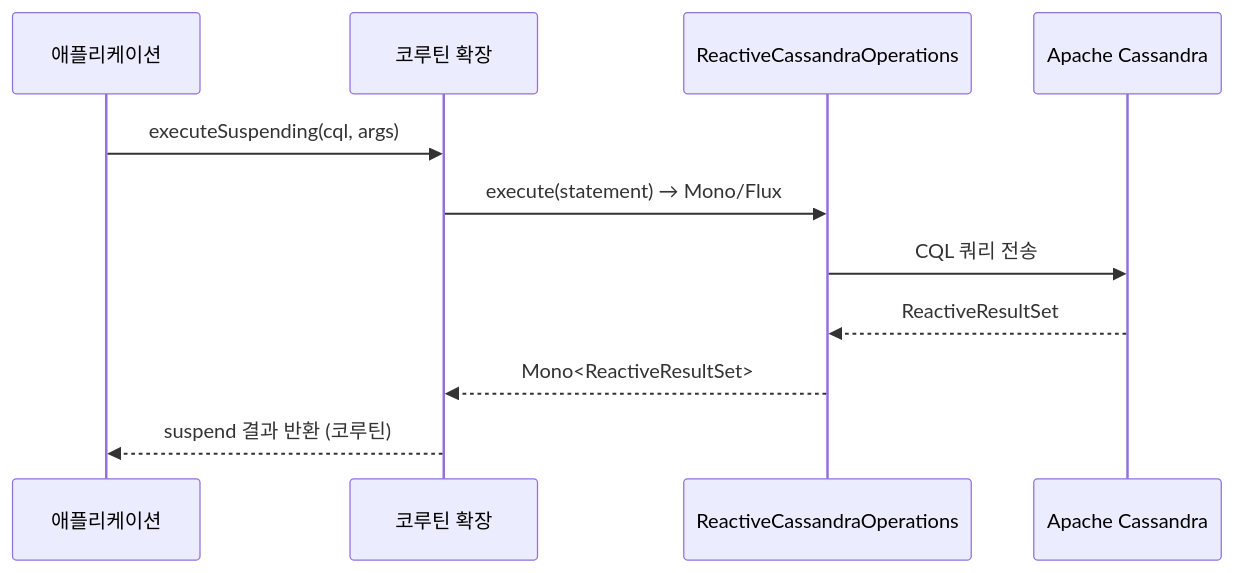
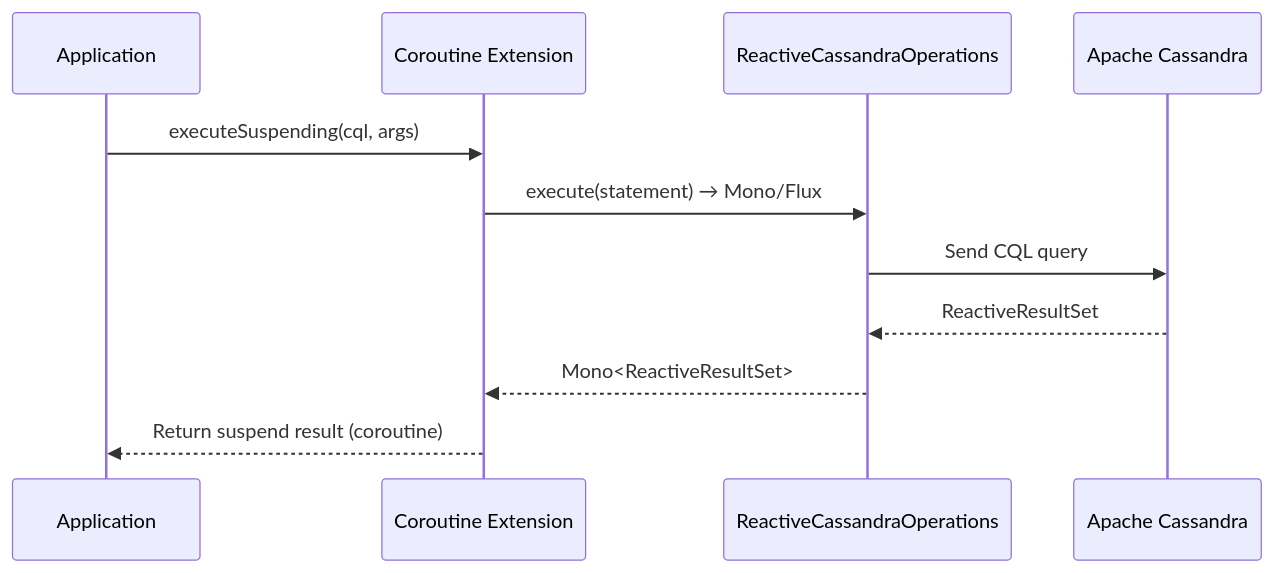
Before and after one commit to bluetape4k/bluetape4k-projects: the third of 3 diagrams in spring-boot3/cassandra/README.md, drawn with Mermaid. The commit also changed other lines of this file and 265 other files, not shown here.

````diff
--- a/spring-boot3/cassandra/README.md
+++ b/spring-boot3/cassandra/README.md
@@ -93,14 +95,14 @@
 ```mermaid
 sequenceDiagram
-    participant App as 애플리케이션
-    participant Ext as 코루틴 확장
+    participant App as Application
+    participant Ext as Coroutine Extension
     participant Ops as ReactiveCassandraOperations
     participant DB as Apache Cassandra
 
     App->>Ext: executeSuspending(cql, args)
     Ext->>Ops: execute(statement) → Mono/Flux
-    Ops->>DB: CQL 쿼리 전송
+    Ops->>DB: Send CQL query
     DB-->>Ops: ReactiveResultSet
     Ops-->>Ext: Mono<ReactiveResultSet>
-    Ext-->>App: suspend 결과 반환 (코루틴)
+    Ext-->>App: Return suspend result (coroutine)
 ```
````
